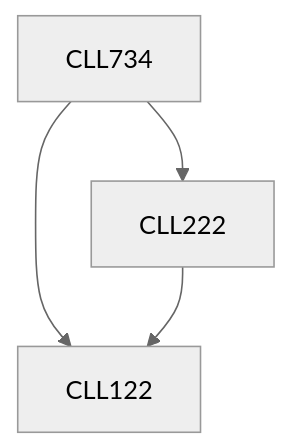
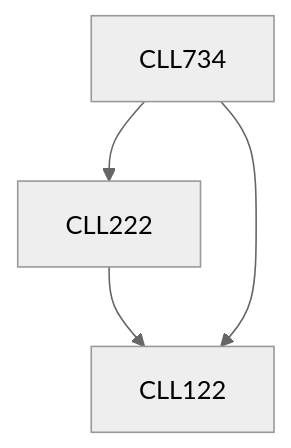
Before and after one commit to KeshavBansal0122/CoS_Website: the diagram in content/Chemical Engineering/CLL734.md, drawn with Mermaid (neutral theme). The commit also changed other lines of this file and 392 other files, not shown here.

````diff
--- a/content/Chemical Engineering/CLL734.md
+++ b/content/Chemical Engineering/CLL734.md
@@ -13,10 +13,10 @@
 ```mermaid
 flowchart TD
 CLL734-138[CLL734]
 CLL734-138 --> CLL222-138[CLL222]
+CLL222-138 --> CLL122-138[CLL122]
 CLL734-138 --> CLL122-138[CLL122]
-CLL222-138 --> CLL122-138[CLL122]
 
 classDef empty height:17px, fill:transparent, stroke:transparent;
 classDef trueEmpty height:0px, width:0px;
 ```
````
